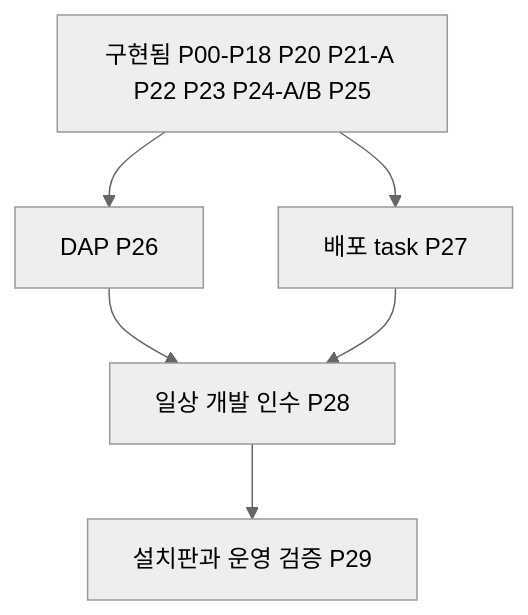
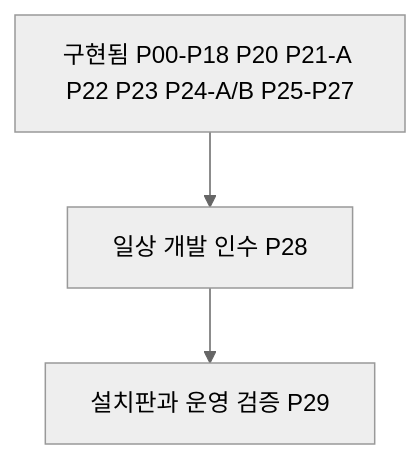
Before and after one commit to fromiron/corral: the diagram in docs/plans/workbench-development-implementation-plan-2026-10-21.md, drawn with Mermaid (neutral theme). The commit also changed other lines of this file and 77 other files, not shown here.

````diff
--- a/docs/plans/workbench-development-implementation-plan-2026-10-21.md
+++ b/docs/plans/workbench-development-implementation-plan-2026-10-21.md
@@ -187,8 +177,5 @@
 ```mermaid
 flowchart TD
-  DONE[구현됨 P00-P18 P20 P21-A P22 P23 P24-A/B P25] --> DEBUG[DAP P26]
-  DONE --> DEPLOY[배포 task P27]
-  DEBUG --> G4[일상 개발 인수 P28]
-  DEPLOY --> G4
+  DONE[구현됨 P00-P18 P20 P21-A P22 P23 P24-A/B P25-P27] --> G4[일상 개발 인수 P28]
   G4 --> G5[설치판과 운영 검증 P29]
 ```
````
